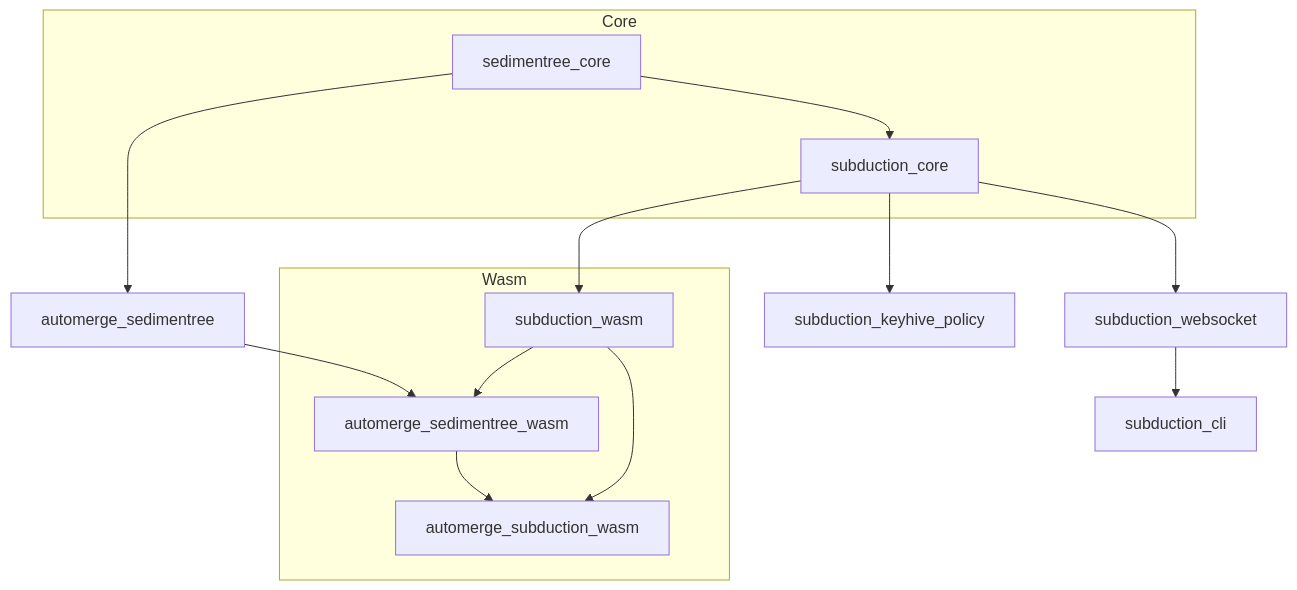
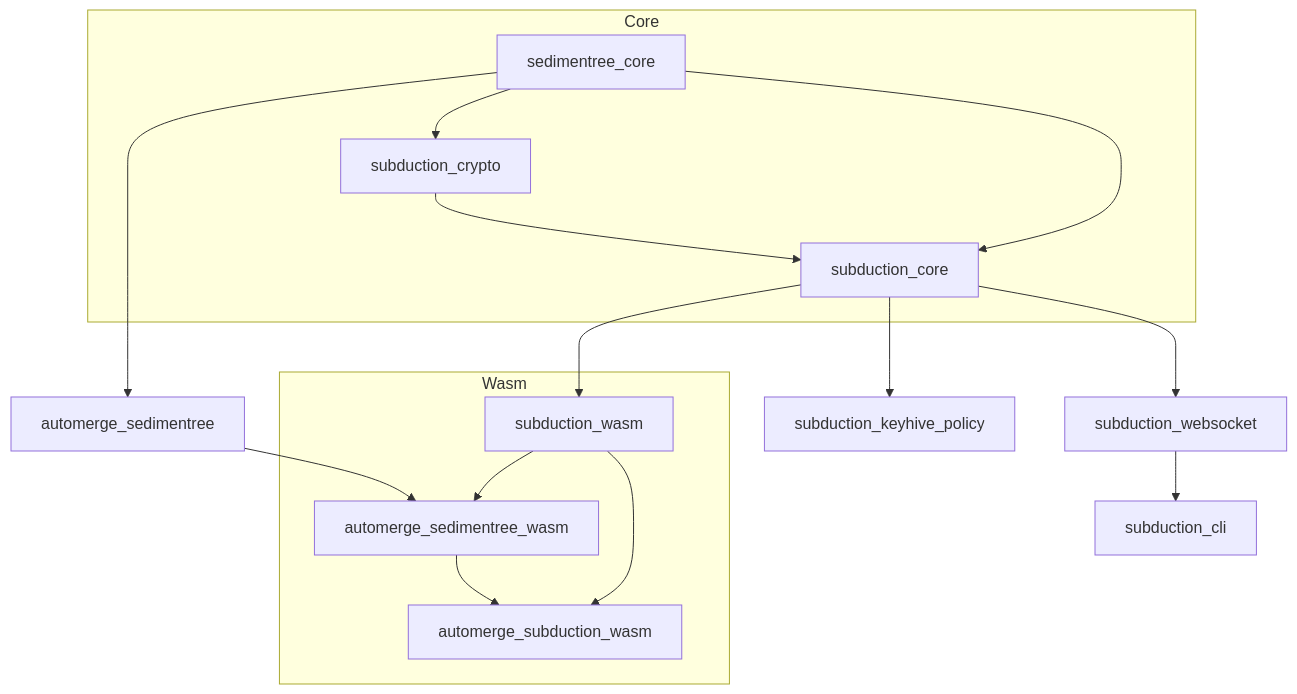
Before and after one commit to inkandswitch/subduction: the diagram in README.md, drawn with Mermaid. The commit also changed other lines of this file and 78 other files, not shown here.

Commit message:
Break out `subduction_crypto` crate (#47)

````diff
--- a/README.md
+++ b/README.md
@@ -29,33 +29,36 @@
 ```mermaid
 graph TD
     subgraph Core
         sedimentree_core
+        subduction_crypto
         subduction_core
     end
 
     automerge_sedimentree
     subduction_websocket
     subduction_cli
     subduction_keyhive_policy
 
     subgraph Wasm
         subduction_wasm
         automerge_sedimentree_wasm
         automerge_subduction_wasm
     end
 
+    sedimentree_core --> subduction_crypto
+    subduction_crypto --> subduction_core
     sedimentree_core --> subduction_core
     sedimentree_core --> automerge_sedimentree
 
     subduction_core --> subduction_websocket
     subduction_core --> subduction_wasm
     subduction_core --> subduction_keyhive_policy
 
     subduction_websocket --> subduction_cli
 
     automerge_sedimentree --> automerge_sedimentree_wasm
     subduction_wasm --> automerge_sedimentree_wasm
 
     automerge_sedimentree_wasm --> automerge_subduction_wasm
     subduction_wasm --> automerge_subduction_wasm
 ```
````
